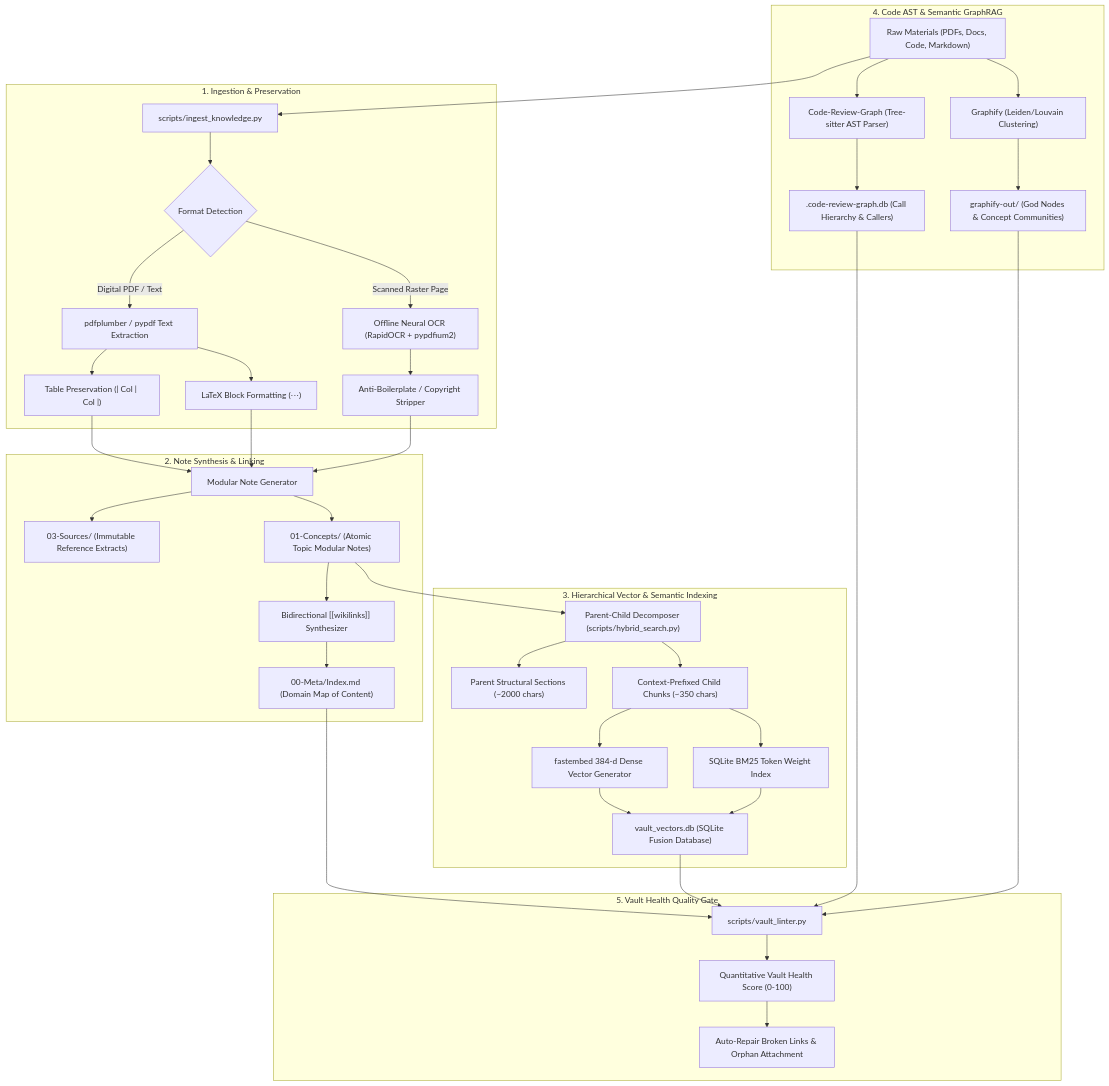
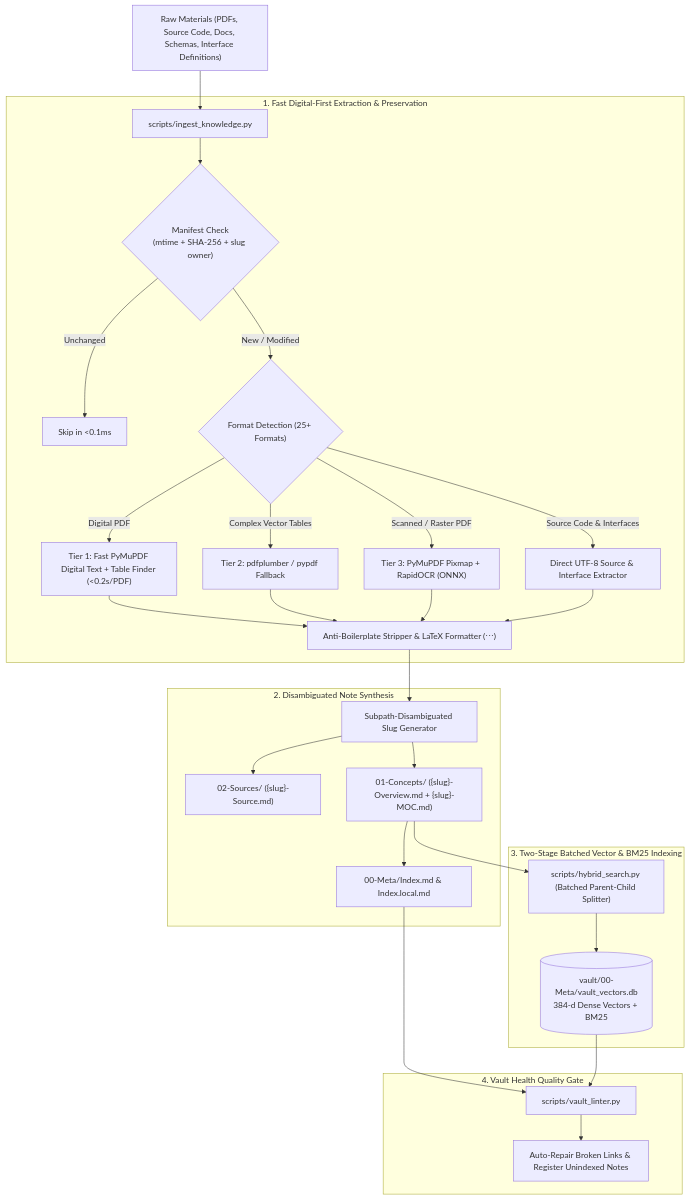
One commit to Fabbbbbbb99/2ndBrain changed the second of 3 diagrams in README.md. Above: the diagram before and after it, drawn with Mermaid. The commit also changed other lines of this file and 50 other files, not shown here.

First line of the commit message:
feat: complete 2ndBrain dual-process engine, two-stage hybrid search, and cross-desktop bootstrap

````diff
--- a/README.md
+++ b/README.md
@@ -46,43 +100,32 @@
 ```mermaid
 flowchart TD
-    Raw["Raw Materials (PDFs, Docs, Code, Markdown)"] --> Ingest["scripts/ingest_knowledge.py"]
+    Raw["Raw Materials (PDFs, Source Code, Docs, Schemas, Interface Definitions)"] --> Ingest["scripts/ingest_knowledge.py"]
     
-    subgraph Extraction ["1. Ingestion & Preservation"]
-        Ingest --> Detect{"Format Detection"}
-        Detect -->|Digital PDF / Text| Plumber["pdfplumber / pypdf Text Extraction"]
-        Detect -->|Scanned Raster Page| OCR["Offline Neural OCR (RapidOCR + pypdfium2)"]
-        Plumber --> Tables["Table Preservation (| Col | Col |)"]
-        Plumber --> Math["LaTeX Block Formatting ($$...$$)"]
-        OCR --> TextClean["Anti-Boilerplate / Copyright Stripper"]
+    subgraph Extraction ["1. Fast Digital-First Extraction & Preservation"]
+        Ingest --> Cache{"Manifest Check<br/>(mtime + SHA-256 + slug owner)"}
+        Cache -->|Unchanged| Skip["Skip in <0.1ms"]
+        Cache -->|New / Modified| Detect{"Format Detection (25+ Formats)"}
+        Detect -->|Digital PDF| FastFitz["Tier 1: Fast PyMuPDF Digital Text + Table Finder (<0.2s/PDF)"]
+        Detect -->|Complex Vector Tables| Plumber["Tier 2: pdfplumber / pypdf Fallback"]
+        Detect -->|Scanned / Raster PDF| OCR["Tier 3: PyMuPDF Pixmap + RapidOCR (ONNX)"]
+        Detect -->|Source Code & Interfaces| RawDoc["Direct UTF-8 Source & Interface Extractor"]
+        FastFitz & Plumber & OCR & RawDoc --> Clean["Anti-Boilerplate Stripper & LaTeX Formatter ($$...$$)"]
     end
 
-    subgraph Synthesis ["2. Note Synthesis & Linking"]
-        Tables & Math & TextClean --> Synth["Modular Note Generator"]
-        Synth --> Sources["03-Sources/ (Immutable Reference Extracts)"]
-        Synth --> Concepts["01-Concepts/ (Atomic Topic Modular Notes)"]
-        Concepts --> Wikilinks["Bidirectional [[wikilinks]] Synthesizer"]
-        Wikilinks --> MOC["00-Meta/Index.md (Domain Map of Content)"]
+    subgraph Synthesis ["2. Disambiguated Note Synthesis"]
+        Clean --> Synth["Subpath-Disambiguated Slug Generator"]
+        Synth --> Sources["02-Sources/ ({slug}-Source.md)"]
+        Synth --> Concepts["01-Concepts/ ({slug}-Overview.md + {slug}-MOC.md)"]
+        Concepts --> MOC["00-Meta/Index.md & Index.local.md"]
     end
 
-    subgraph Indexing ["3. Hierarchical Vector & Semantic Indexing"]
-        Concepts --> Decompose["Parent-Child Decomposer (scripts/hybrid_search.py)"]
-        Decompose --> Parents["Parent Structural Sections (~2000 chars)"]
-        Decompose --> Children["Context-Prefixed Child Chunks (~350 chars)"]
-        Children --> Embed["fastembed 384-d Dense Vector Generator"]
-        Children --> BM25["SQLite BM25 Token Weight Index"]
-        Embed & BM25 --> RRFDB["vault_vectors.db (SQLite Fusion Database)"]
+    subgraph Indexing ["3. Two-Stage Batched Vector & BM25 Indexing"]
+        Concepts --> BatchEmbed["scripts/hybrid_search.py (Batched Parent-Child Splitter)"]
+        BatchEmbed --> RRFDB[("vault/00-Meta/vault_vectors.db<br/>384-d Dense Vectors + BM25")]
     end
 
-    subgraph GraphTopology ["4. Code AST & Semantic GraphRAG"]
-        Raw --> AST["Code-Review-Graph (Tree-sitter AST Parser)"]
-        AST --> CodeDB[".code-review-graph.db (Call Hierarchy & Callers)"]
-        Raw --> GraphifyEngine["Graphify (Leiden/Louvain Clustering)"]
-        GraphifyEngine --> GraphOut["graphify-out/ (God Nodes & Concept Communities)"]
-    end
-
-    subgraph Audit ["5. Vault Health Quality Gate"]
-        MOC & RRFDB & CodeDB & GraphOut --> Linter["scripts/vault_linter.py"]
-        Linter --> HealthScore["Quantitative Vault Health Score (0-100)"]
-        HealthScore --> AutoFix["Auto-Repair Broken Links & Orphan Attachment"]
+    subgraph Audit ["4. Vault Health Quality Gate"]
+        MOC & RRFDB --> Linter["scripts/vault_linter.py"]
+        Linter --> AutoFix["Auto-Repair Broken Links & Register Unindexed Notes"]
     end
 ```
````
